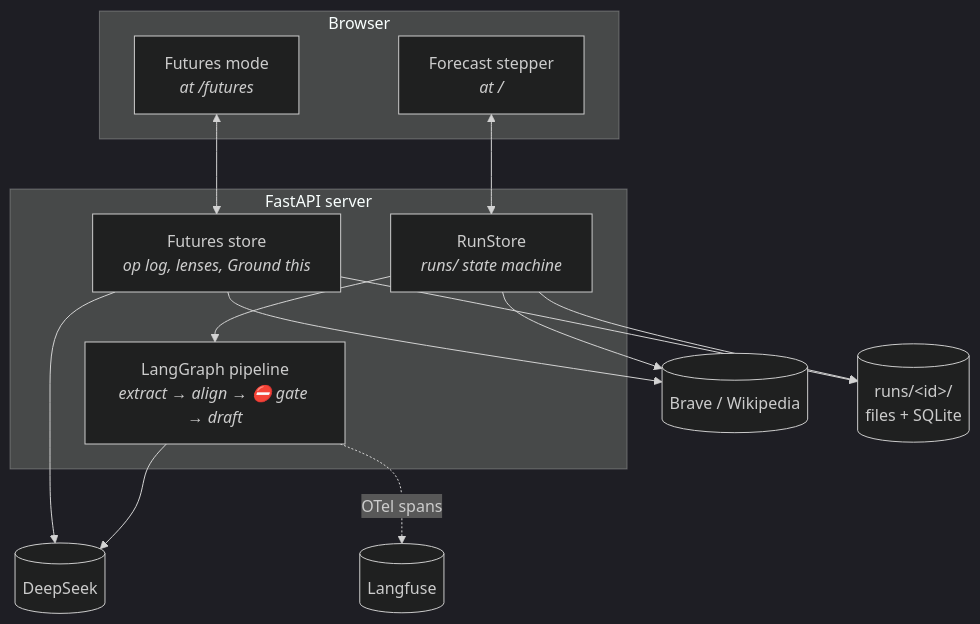
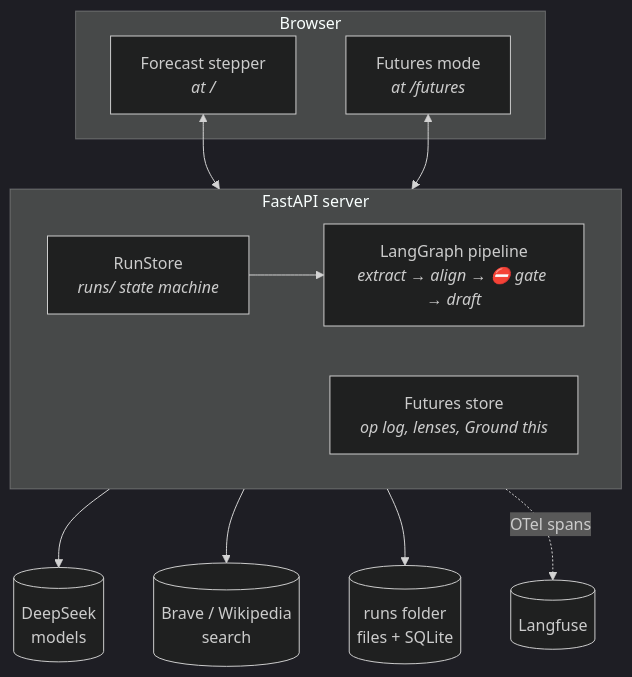
One commit to sycrus/cultural-signal-graph changed the second of 2 diagrams in README.md. Above: the diagram before and after it, drawn with Mermaid (dark theme).

Commit message:
README: tidier architecture diagram (one edge per service, plain folder label)
Claude-Session: https://claude.ai/code/session_01J5QtF2V1jfKvek5xRwN2dQ

````diff
--- a/README.md
+++ b/README.md
@@ -162,22 +162,18 @@
 ```mermaid
 flowchart TB
     subgraph browser [Browser]
         stepper["Forecast stepper<br/><i>at /</i>"]
         futuresui["Futures mode<br/><i>at /futures</i>"]
     end
     subgraph server [FastAPI server]
-        runstore["RunStore<br/><i>runs/ state machine</i>"]
+        direction LR
+        runstore["RunStore<br/><i>runs/ state machine</i>"] --> pipeline["LangGraph pipeline<br/><i>extract → align → ⛔ gate → draft</i>"]
         futures["Futures store<br/><i>op log, lenses, Ground this</i>"]
-        pipeline["LangGraph pipeline<br/><i>extract → align → ⛔ gate → draft</i>"]
     end
     stepper <--> runstore
     futuresui <--> futures
-    runstore --> pipeline
-    pipeline --> deepseek[(DeepSeek)]
-    futures --> deepseek
-    runstore --> search[(Brave / Wikipedia)]
-    futures --> search
-    runstore --> files[("runs/&lt;id&gt;/<br/>files + SQLite")]
-    futures --> files
-    pipeline -. OTel spans .-> langfuse[(Langfuse)]
+    server --> deepseek[(DeepSeek<br/>models)]
+    server --> search[(Brave / Wikipedia<br/>search)]
+    server --> files[("runs folder<br/>files + SQLite")]
+    server -. OTel spans .-> langfuse[(Langfuse)]
 ```
````
